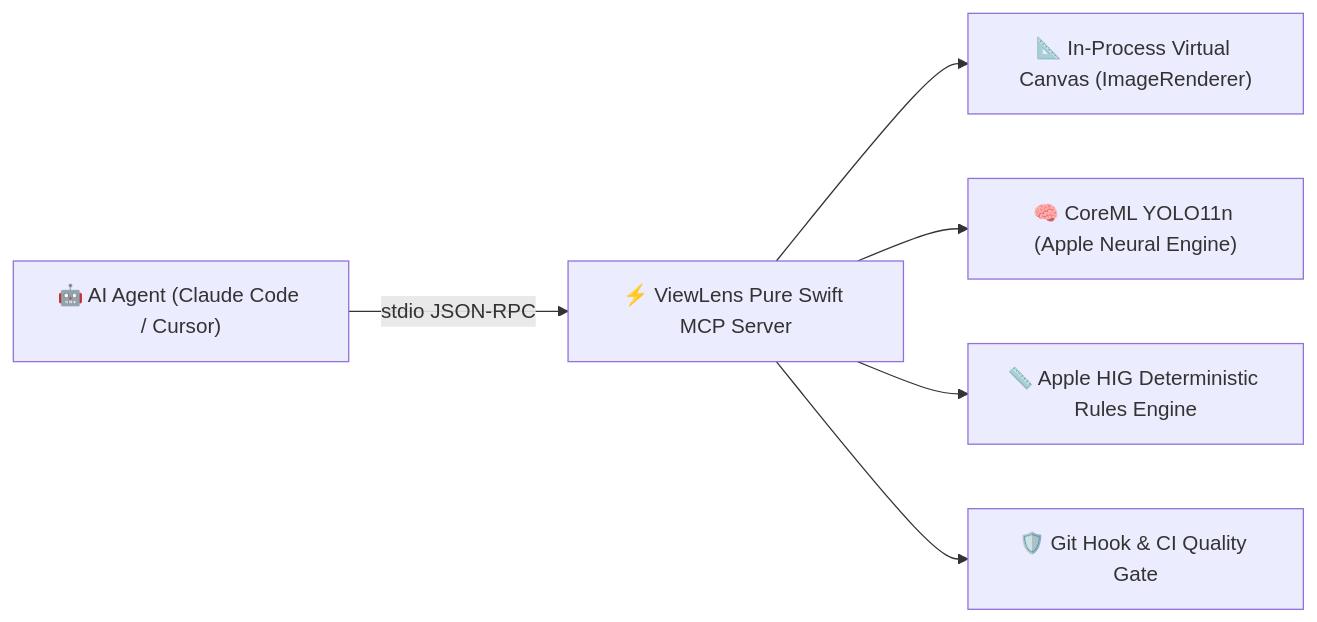
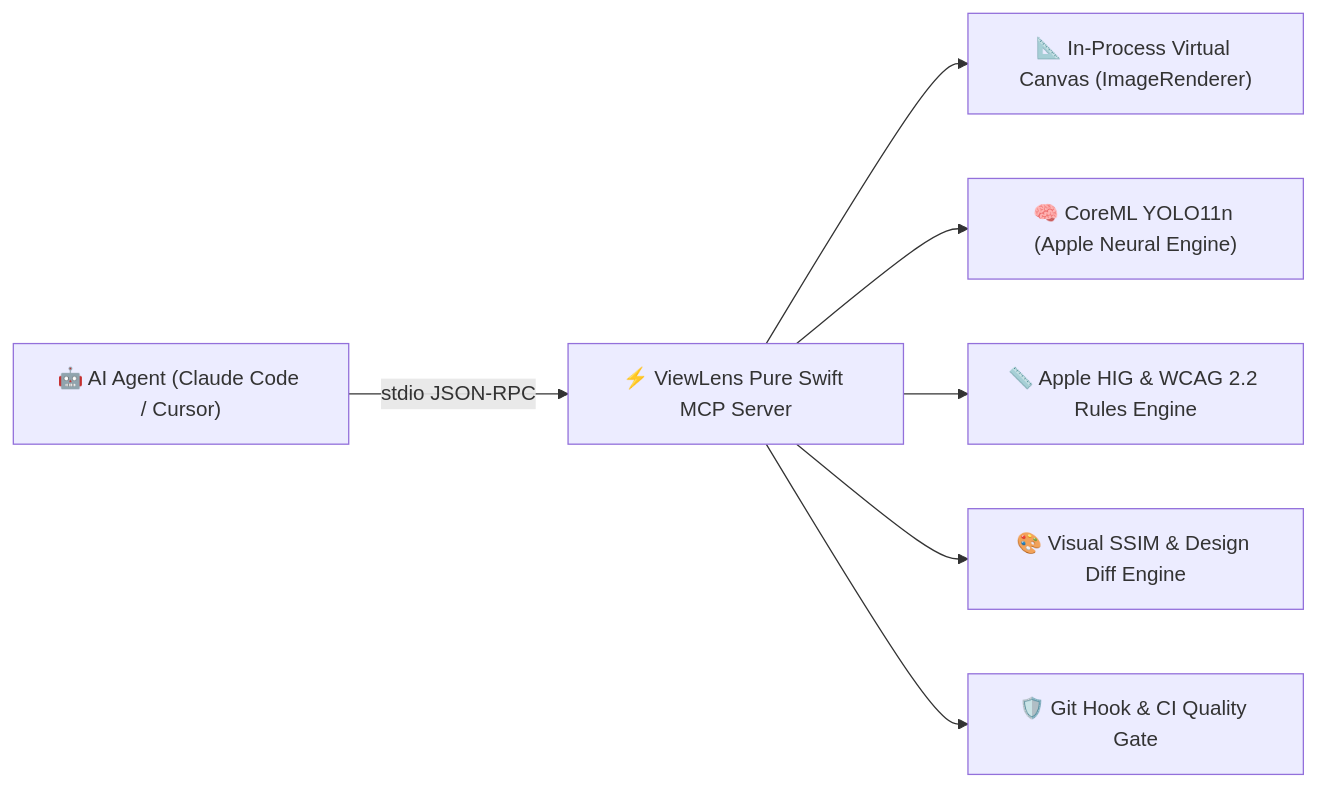
The diagram in ViewLensSkill.md (SerialForBreakfast/ViewLens), drawn with Mermaid before and after one commit. The commit also changed other lines of this file and 51 other files, not shown here.

````diff
--- a/ViewLensSkill.md
+++ b/ViewLensSkill.md
@@ -16,15 +16,17 @@
 ```mermaid
 flowchart LR
     Agent["🤖 AI Agent (Claude Code / Cursor)"]
     MCP["⚡ ViewLens Pure Swift MCP Server"]
     Vision["🧠 CoreML YOLO11n (Apple Neural Engine)"]
     Canvas["📐 In-Process Virtual Canvas (ImageRenderer)"]
-    HIG["📏 Apple HIG Deterministic Rules Engine"]
+    HIG["📏 Apple HIG & WCAG 2.2 Rules Engine"]
+    Diff["🎨 Visual SSIM & Design Diff Engine"]
     Gate["🛡️ Git Hook & CI Quality Gate"]
 
     Agent -->|stdio JSON-RPC| MCP
     MCP --> Canvas
     MCP --> Vision
     MCP --> HIG
+    MCP --> Diff
     MCP --> Gate
 ```
````
